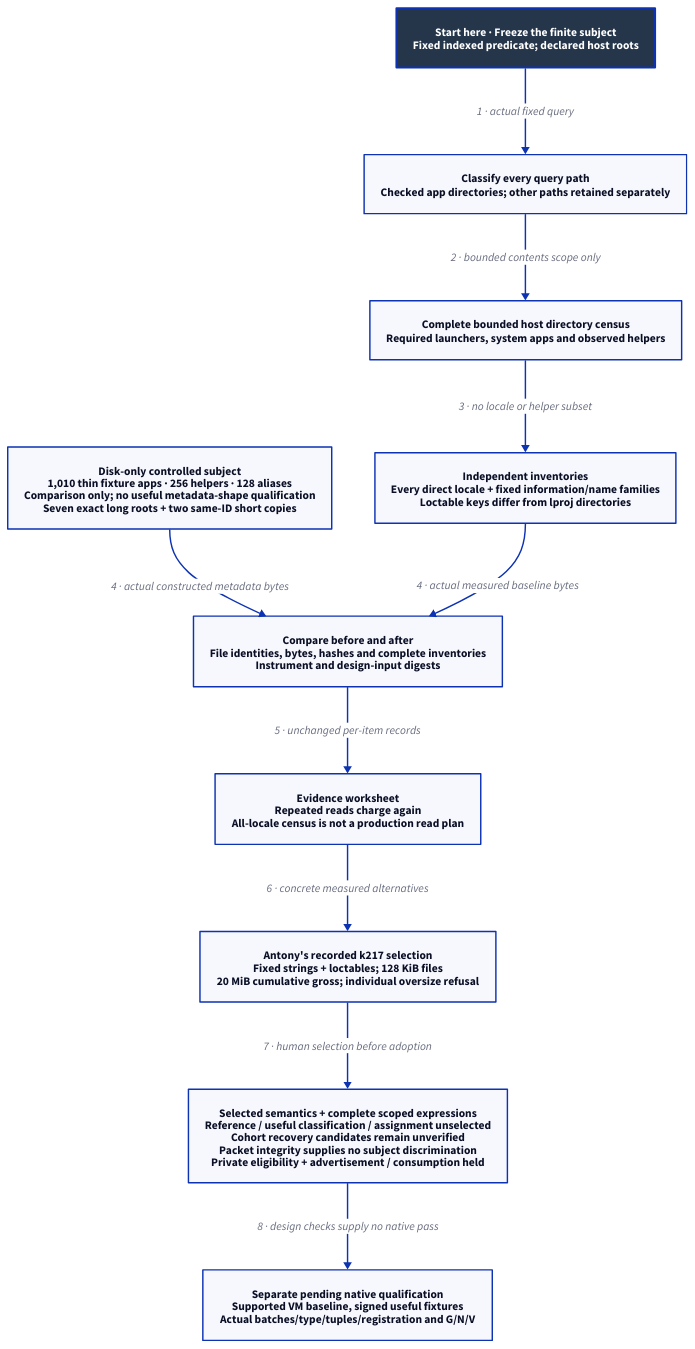
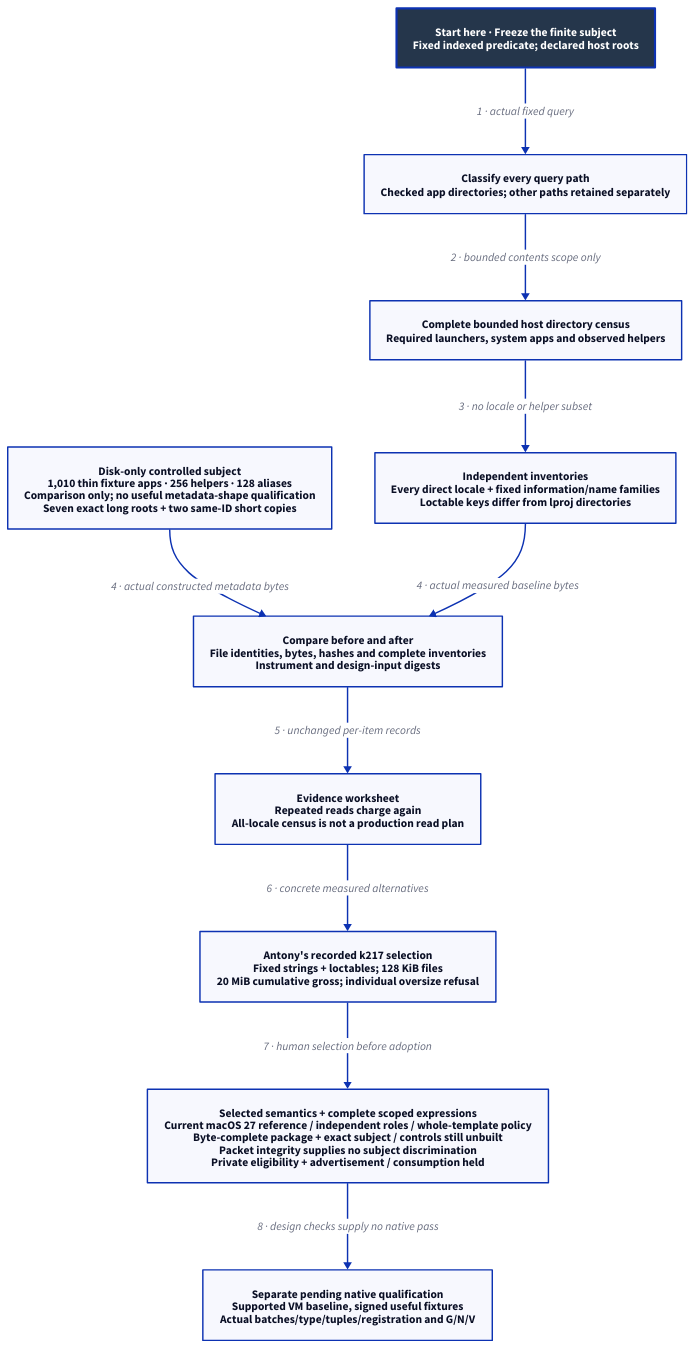
One commit to Linkuistics/Koine changed the diagram in docs/design/architecture/native-metadata-subject.d2. Above: the diagram before and after it, drawn with D2. The commit also changed 95 other files, not shown here.

```diff
--- a/docs/design/architecture/native-metadata-subject.d2
+++ b/docs/design/architecture/native-metadata-subject.d2
@@ -1,24 +1,24 @@
 # Historical design evidence and selected human contract; no native verdict.
 direction: down
 classes: {
   start: {style: {fill: "#25364B"; font-color: "#FFFFFF"; bold: true; stroke-width: 3}}
 }
 Start: "Start here · Freeze the finite subject\nFixed indexed predicate; declared host roots" {class: start}
 Classify: "Classify every query path\nChecked app directories; other paths retained separately"
 Baseline: "Complete bounded host directory census\nRequired launchers, system apps and observed helpers"
 Inventory: "Independent inventories\nEvery direct locale + fixed information/name families\nLoctable keys differ from lproj directories"
 Fixtures: "Disk-only controlled subject\n1,010 thin fixture apps · 256 helpers · 128 aliases\nComparison only; no useful metadata-shape qualification\nSeven exact long roots + two same-ID short copies"
 Freeze: "Compare before and after\nFile identities, bytes, hashes and complete inventories\nInstrument and design-input digests"
 Worksheet: "Evidence worksheet\nRepeated reads charge again\nAll-locale census is not a production read plan"
 Choice: "Antony's recorded k217 selection\nFixed strings + loctables; 128 KiB files\n20 MiB cumulative gross; individual oversize refusal"
-Design: "Selected semantics + complete scoped expressions\nReference / useful classification / assignment unselected\nCohort recovery candidates remain unverified\nPacket integrity supplies no subject discrimination\nPrivate eligibility + advertisement / consumption held"
+Design: "Selected semantics + complete scoped expressions\nCurrent macOS 27 reference / independent roles / whole-template policy\nByte-complete package + exact subject / controls still unbuilt\nPacket integrity supplies no subject discrimination\nPrivate eligibility + advertisement / consumption held"
 Native: "Separate pending native qualification\nSupported VM baseline, signed useful fixtures\nActual batches/type/tuples/registration and G/N/V"
 Start -> Classify: "1 · actual fixed query"
 Classify -> Baseline: "2 · bounded contents scope only"
 Baseline -> Inventory: "3 · no locale or helper subset"
 Fixtures -> Freeze: "4 · actual constructed metadata bytes"
 Inventory -> Freeze: "4 · actual measured baseline bytes"
 Freeze -> Worksheet: "5 · unchanged per-item records"
 Worksheet -> Choice: "6 · concrete measured alternatives"
 Choice -> Design: "7 · human selection before adoption"
 Design -> Native: "8 · design checks supply no native pass"
```
